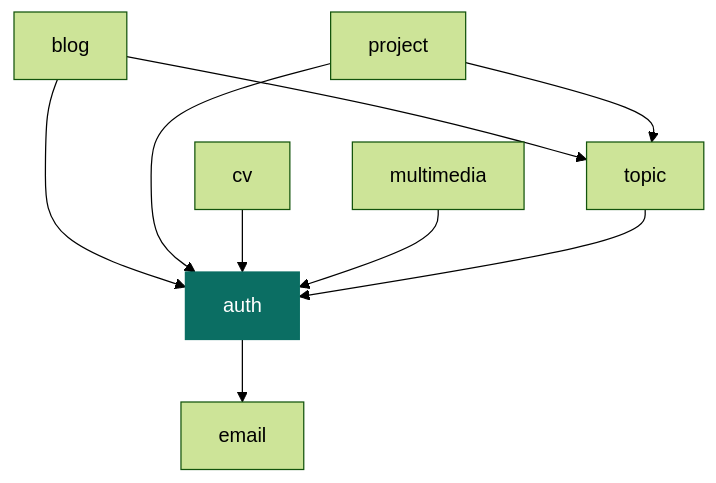
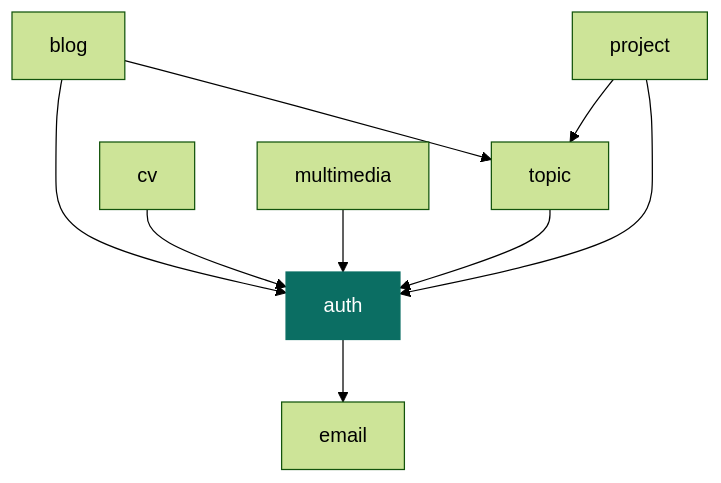
The third of 3 diagrams in backend_actix/docs/ARCHITECTURE.md (eklemis/port_blog_cms), drawn with Mermaid (forest theme) before and after one commit.

Commit message:
Group the module dependency edges by source
Reorders the mermaid edges in the module dependency diagram so each module's
outgoing edges sit together — blog's two, then project's two, then the rest —
rather than being split across the auth block and the topic block. Same eight
edges, same graph; only the reading order changes.

Trailing whitespace on two of the moved lines is dropped along the way.

This was sitting uncommitted in the working tree and was authored by someone
else. It is committed on its own rather than folded into the transaction or
ADR work it kept appearing beside, so it can be judged on its own terms and
reverted without disturbing anything else.

````diff
--- a/backend_actix/docs/ARCHITECTURE.md
+++ b/backend_actix/docs/ARCHITECTURE.md
@@ -249,14 +249,13 @@
 ```mermaid
 flowchart TD
     blog --> auth
+    blog --> topic
+    project --> topic
     project --> auth
+    topic --> auth
     cv --> auth
     multimedia --> auth
-    topic --> auth
-    blog --> topic
-    project --> topic
     auth --> email
-
     classDef kernel fill:#0b6e63,stroke:#0b6e63,color:#fff
     class auth kernel
 ```
````
